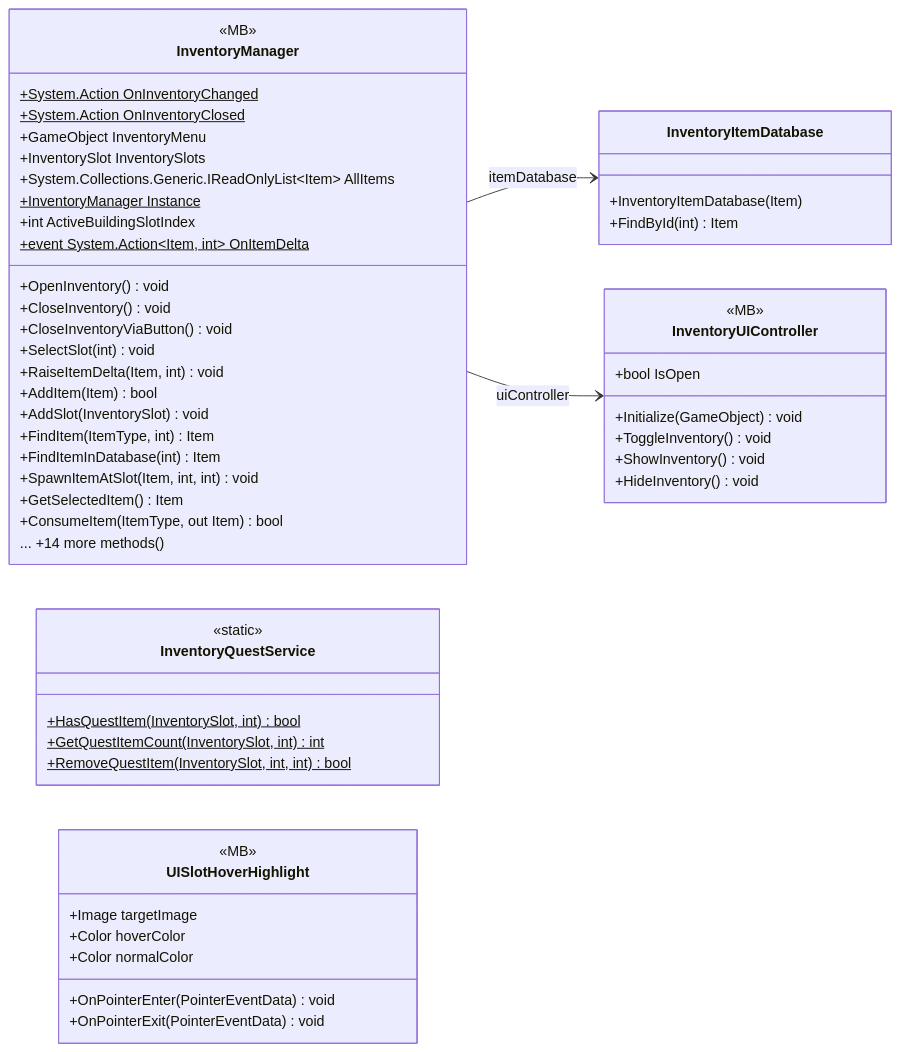
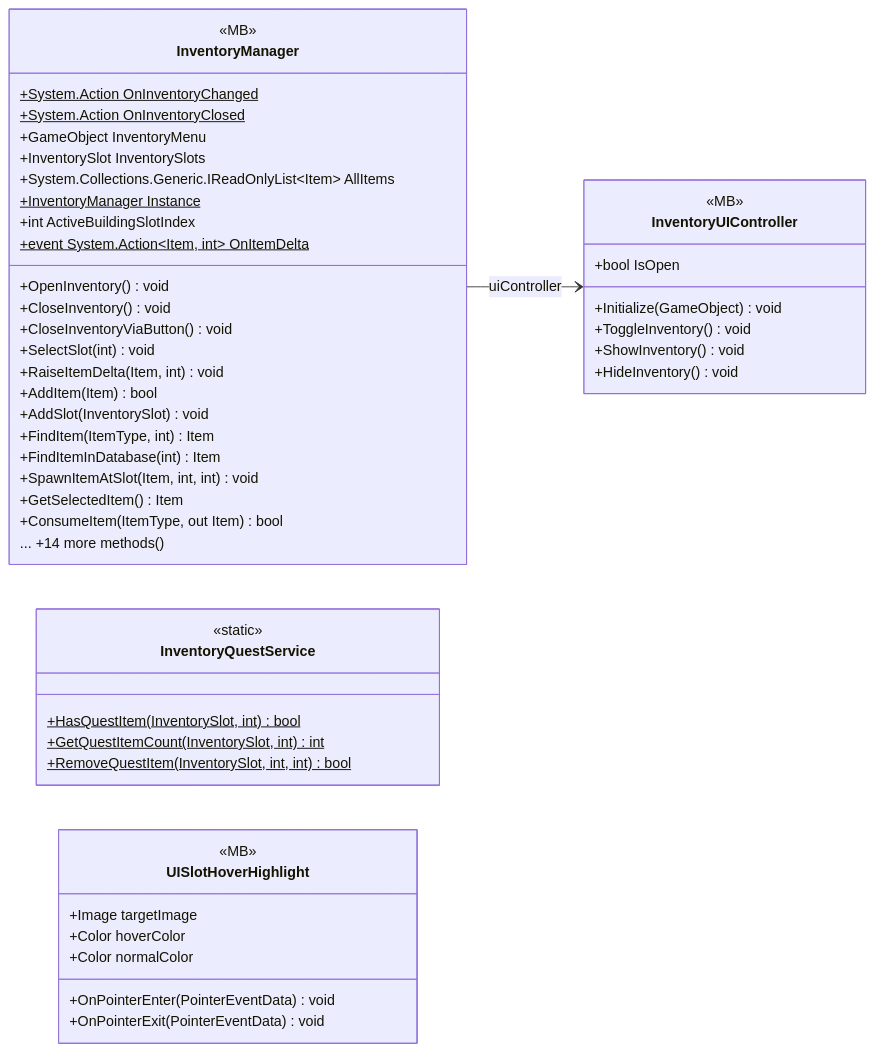
The diagram in docs/uml/modules/UI_Inventory.md (PhumipatWave/project-ocean), drawn with Mermaid before and after one commit. The commit also changed other lines of this file and 191 other files, not shown here.

````diff
--- a/docs/uml/modules/UI_Inventory.md
+++ b/docs/uml/modules/UI_Inventory.md
@@ -7,56 +7,51 @@
 ```mermaid
 classDiagram
   direction LR
-  class InventoryItemDatabase {
-    +InventoryItemDatabase(Item)
-    +FindById(int) Item
-  }
   class InventoryManager {
     <<MB>>
     +System.Action OnInventoryChanged$
     +System.Action OnInventoryClosed$
     +GameObject InventoryMenu
     +InventorySlot InventorySlots
     +System.Collections.Generic.IReadOnlyList~Item~ AllItems
     +InventoryManager Instance$
     +int ActiveBuildingSlotIndex
     +event System.Action~Item, int~ OnItemDelta$
     +OpenInventory() void
     +CloseInventory() void
     +CloseInventoryViaButton() void
     +SelectSlot(int) void
     +RaiseItemDelta(Item, int) void
     +AddItem(Item) bool
     +AddSlot(InventorySlot) void
     +FindItem(ItemType, int) Item
     +FindItemInDatabase(int) Item
     +SpawnItemAtSlot(Item, int, int) void
     +GetSelectedItem() Item
     +ConsumeItem(ItemType, out Item) bool
     ... +14 more methods()
   }
   class InventoryQuestService {
     <<static>>
     +HasQuestItem(InventorySlot, int)$ bool
     +GetQuestItemCount(InventorySlot, int)$ int
     +RemoveQuestItem(InventorySlot, int, int)$ bool
   }
   class InventoryUIController {
     <<MB>>
     +bool IsOpen
     +Initialize(GameObject) void
     +ToggleInventory() void
     +ShowInventory() void
     +HideInventory() void
   }
   class UISlotHoverHighlight {
     <<MB>>
     +Image targetImage
     +Color hoverColor
     +Color normalColor
     +OnPointerEnter(PointerEventData) void
     +OnPointerExit(PointerEventData) void
   }
-  InventoryManager --> InventoryItemDatabase : itemDatabase
   InventoryManager --> InventoryUIController : uiController
 ```
````
